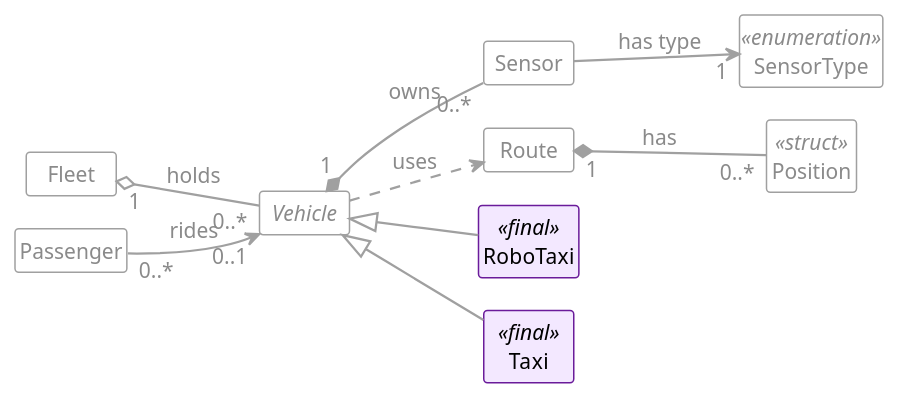
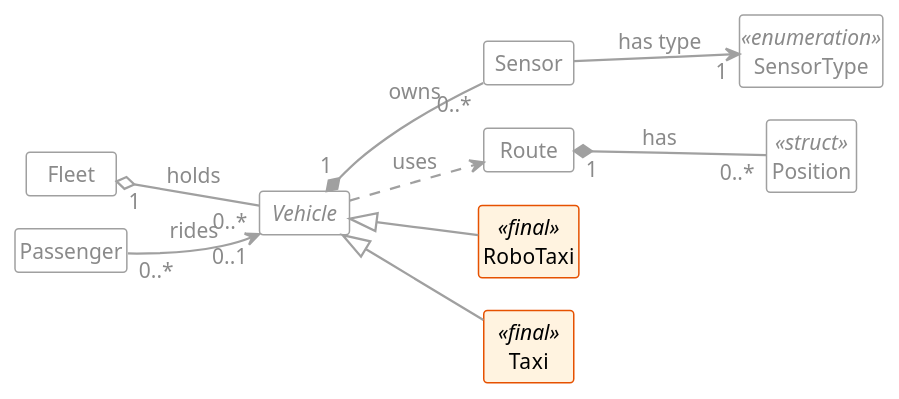
One commit to zeidk/enpm702-fall-2026-cpp changed the diagram in project/week9/uml/model_l9_final.plantuml. Above: the diagram before and after it, drawn with PlantUML. The commit also changed 28 other files, not shown here.

First line of the commit message:
week9: RoboTaxi zone and automation level, find and erase_if examples, new slide numbers

```diff
--- a/project/week9/uml/model_l9_final.plantuml
+++ b/project/week9/uml/model_l9_final.plantuml
@@ -1,91 +1,93 @@
 @startuml model_l9_final
 ' Generated for the slides.
 !theme mono
 skinparam backgroundColor white
 skinparam defaultFontName "Fira Sans"
 skinparam defaultFontSize 14
 skinparam shadowing false
 skinparam classAttributeIconSize 0
 skinparam nodesep 22
 skinparam ranksep 50
 skinparam ArrowThickness 1.5
 hide circle
 hide members
 skinparam minClassWidth 60
 skinparam classStereotypeFontSize 14
 left to right direction
 
 class Fleet #back:FFFFFF;line:A0A0A0;text:8A8A8A {
   - vehicles_ : vector<shared_ptr<Vehicle>>
   + add(shared_ptr<Vehicle>) : void
   + remove(int) : bool
   + size() : size_t
 }
 class Passenger #back:FFFFFF;line:A0A0A0;text:8A8A8A {
   - name_ : string
   - ride_ : weak_ptr<Vehicle>
   + board(shared_ptr<Vehicle>) : void
   + leave() : void
 }
 abstract class Vehicle #back:FFFFFF;line:A0A0A0;text:8A8A8A {
   - id_ : int
   - {static} next_id_ : int
   - max_speed_ : double
   - speed_ : double
   - color_ : string
   - mileage_ : double
   - sensors_ : vector<unique_ptr<Sensor>>
   + Vehicle(double)
   + get_id() : int
   + get_color() : const string&
   + get_max_speed() : double
   + get_speed() : double
   + set_speed(double) : void
   + get_mileage() : double
   + add_mileage(double) : void
   + add_sensor(SensorType, double) : int
   + sensor_count() : size_t
   + get_sensors() : const vector<unique_ptr<Sensor>>&
   + {abstract} drive(const Route&) : void
   # log_event(const string&) : void
 }
 class Sensor #back:FFFFFF;line:A0A0A0;text:8A8A8A {
   - id_ : int
   - type_ : SensorType
   - range_ : double
   + Sensor(int, SensorType, double)
   + get_id() : int
   + get_type() : SensorType
   + get_range() : double
 }
 enum SensorType <<enumeration>> #back:FFFFFF;line:A0A0A0;text:8A8A8A {
   lidar
   camera
   radar
 }
 class Route #back:FFFFFF;line:A0A0A0;text:8A8A8A {
   - waypoints_ : vector<Position>
   + add(Position) : void
   + length() : double
 }
 class Position <<struct>> #back:FFFFFF;line:A0A0A0;text:8A8A8A {
   + x : double
   + y : double
 }
-class RoboTaxi <<final>> #back:F3E8FF;line:6A1B9A;text:000000 {
+class RoboTaxi <<final>> #back:FFF3E0;line:E65100;text:000000 {
+  - operating_zone_ : string
+  - automation_level_ : int
   + drive(const Route&) : void
 }
-class Taxi <<final>> #back:F3E8FF;line:6A1B9A;text:000000 {
+class Taxi <<final>> #back:FFF3E0;line:E65100;text:000000 {
   - driver_name_ : string
   + drive(const Route&) : void
 }
 
 Fleet "<color:#8A8A8A>1</color>" o-[#A0A0A0]- "<color:#8A8A8A>0..*</color>" Vehicle : <color:#8A8A8A>holds</color>
 Passenger "<color:#8A8A8A>0..*</color>" -[#A0A0A0]-> "<color:#8A8A8A>0..1</color>" Vehicle : <color:#8A8A8A>rides</color>
 Vehicle "<color:#8A8A8A>1</color>" *-[#A0A0A0]- "<color:#8A8A8A>0..*</color>" Sensor : <color:#8A8A8A>owns</color>
 Vehicle .[#A0A0A0].> Route : <color:#8A8A8A>uses</color>
 Route "<color:#8A8A8A>1</color>" *-[#A0A0A0]- "<color:#8A8A8A>0..*</color>" Position : <color:#8A8A8A>has</color>
 Sensor -[#A0A0A0]-> "<color:#8A8A8A>1</color>" SensorType : <color:#8A8A8A>has type</color>
 Vehicle <|-[#A0A0A0]- RoboTaxi
 Vehicle <|-[#A0A0A0]- Taxi
 @enduml
```
